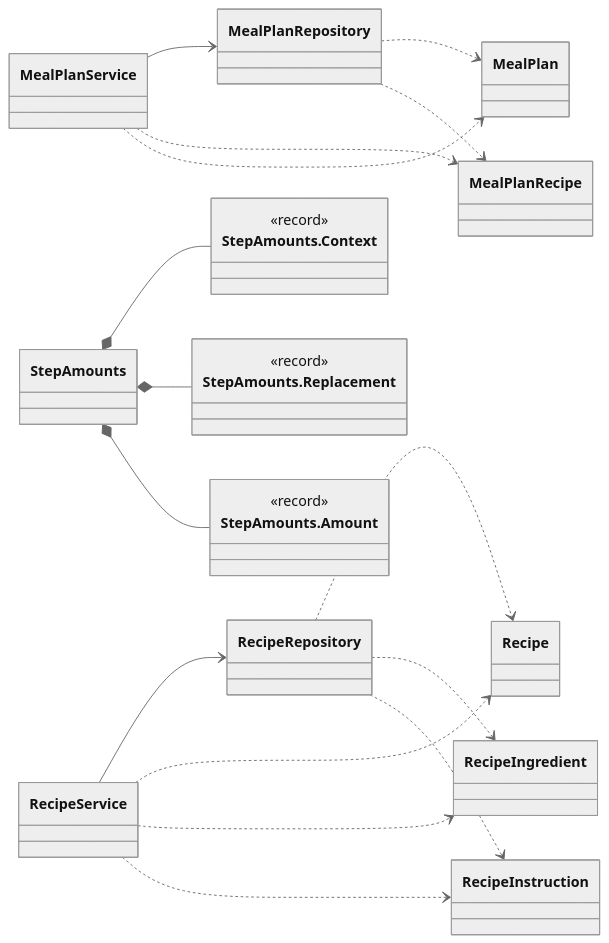
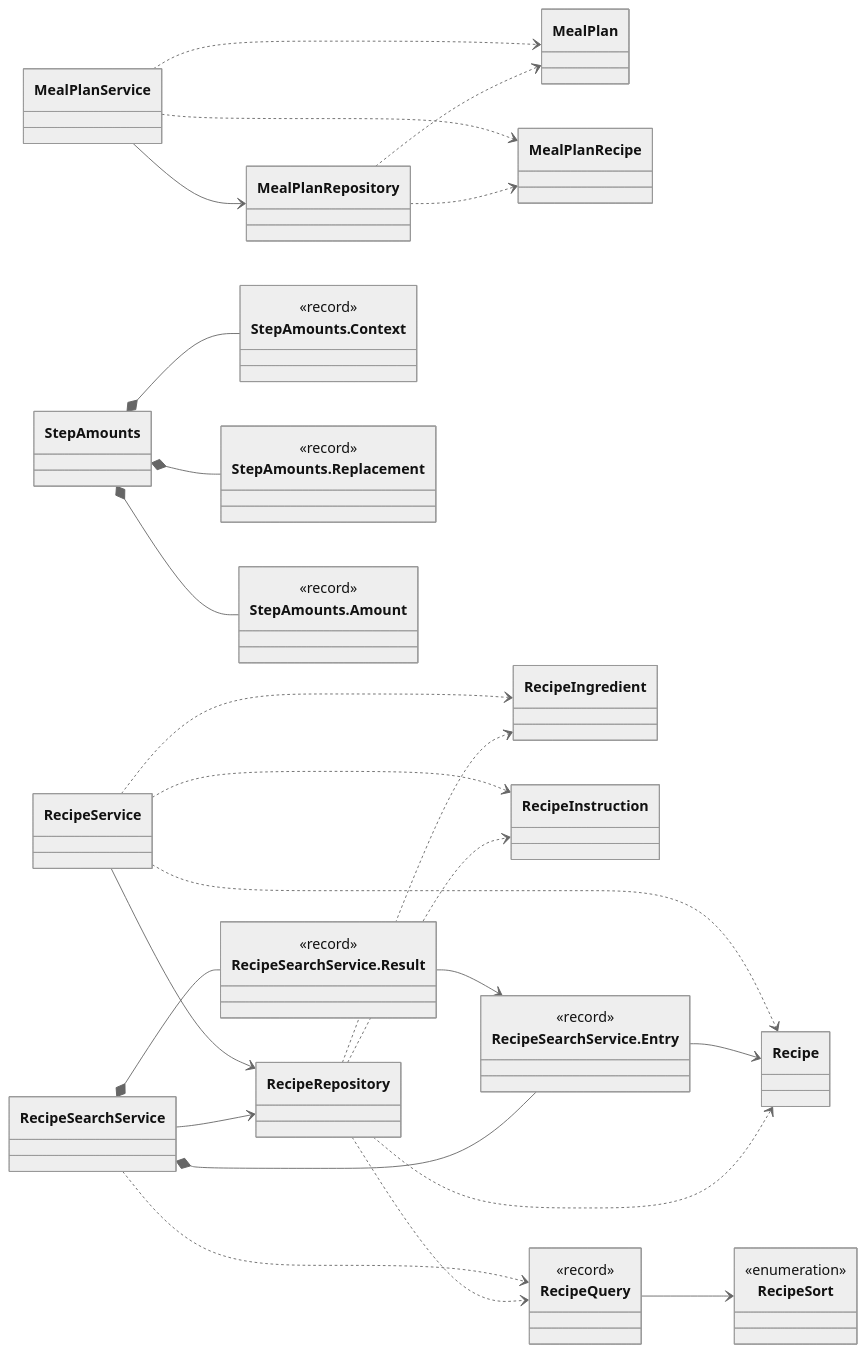
Before and after one commit to Nate-ryan-7690/dahaem: the first of 19 diagrams in docs/classes/mealplanner.md, drawn with Mermaid (neutral theme). The commit also changed other lines of this file and 35 other files, not shown here.

First line of the commit message:
Recipe search and paging for GET /api/recipes

````diff
--- a/docs/classes/mealplanner.md
+++ b/docs/classes/mealplanner.md
@@ -11,38 +11,59 @@
 ```mermaid
 classDiagram
     direction LR
     class mealplanner_MealPlan["MealPlan"]
     class mealplanner_MealPlanRecipe["MealPlanRecipe"]
     class mealplanner_MealPlanRepository["MealPlanRepository"]
     class mealplanner_MealPlanService["MealPlanService"]
     class mealplanner_Recipe["Recipe"]
     class mealplanner_RecipeIngredient["RecipeIngredient"]
     class mealplanner_RecipeInstruction["RecipeInstruction"]
+    class mealplanner_RecipeQuery["RecipeQuery"] {
+        <<record>>
+    }
     class mealplanner_RecipeRepository["RecipeRepository"]
+    class mealplanner_RecipeSearchService["RecipeSearchService"]
+    class mealplanner_RecipeSearchService_Entry["RecipeSearchService.Entry"] {
+        <<record>>
+    }
+    class mealplanner_RecipeSearchService_Result["RecipeSearchService.Result"] {
+        <<record>>
+    }
     class mealplanner_RecipeService["RecipeService"]
+    class mealplanner_RecipeSort["RecipeSort"] {
+        <<enumeration>>
+    }
     class mealplanner_StepAmounts["StepAmounts"]
     class mealplanner_StepAmounts_Context["StepAmounts.Context"] {
         <<record>>
     }
     class mealplanner_StepAmounts_Replacement["StepAmounts.Replacement"] {
         <<record>>
     }
     class mealplanner_StepAmounts_Amount["StepAmounts.Amount"] {
         <<record>>
     }
     mealplanner_MealPlanRepository ..> mealplanner_MealPlan
     mealplanner_MealPlanRepository ..> mealplanner_MealPlanRecipe
     mealplanner_MealPlanService --> mealplanner_MealPlanRepository
     mealplanner_MealPlanService ..> mealplanner_MealPlanRecipe
     mealplanner_MealPlanService ..> mealplanner_MealPlan
+    mealplanner_RecipeQuery --> mealplanner_RecipeSort
     mealplanner_RecipeRepository ..> mealplanner_Recipe
     mealplanner_RecipeRepository ..> mealplanner_RecipeIngredient
     mealplanner_RecipeRepository ..> mealplanner_RecipeInstruction
+    mealplanner_RecipeRepository ..> mealplanner_RecipeQuery
+    mealplanner_RecipeSearchService *-- mealplanner_RecipeSearchService_Entry
+    mealplanner_RecipeSearchService *-- mealplanner_RecipeSearchService_Result
+    mealplanner_RecipeSearchService --> mealplanner_RecipeRepository
+    mealplanner_RecipeSearchService ..> mealplanner_RecipeQuery
+    mealplanner_RecipeSearchService_Entry --> mealplanner_Recipe
+    mealplanner_RecipeSearchService_Result --> mealplanner_RecipeSearchService_Entry
     mealplanner_RecipeService --> mealplanner_RecipeRepository
     mealplanner_RecipeService ..> mealplanner_Recipe
     mealplanner_RecipeService ..> mealplanner_RecipeIngredient
     mealplanner_RecipeService ..> mealplanner_RecipeInstruction
     mealplanner_StepAmounts *-- mealplanner_StepAmounts_Context
     mealplanner_StepAmounts *-- mealplanner_StepAmounts_Replacement
     mealplanner_StepAmounts *-- mealplanner_StepAmounts_Amount
 ```
````
